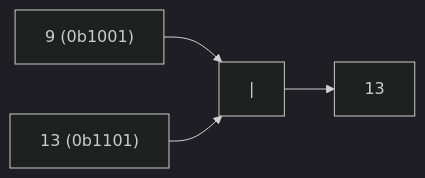
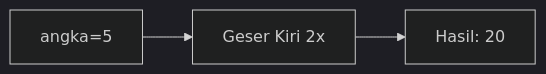
Before and after one commit to amnahwaida/OSNK_INF_PREP: diagram 14 of 25 in part-c-pemahaman-cpp/06-bitwise/latihan/set-09.md, drawn with Mermaid (dark theme). The commit also changed other lines of this file and 71 other files, not shown here.

````diff
--- a/part-c-pemahaman-cpp/06-bitwise/latihan/set-09.md
+++ b/part-c-pemahaman-cpp/06-bitwise/latihan/set-09.md
@@ -367,6 +380,5 @@
 ```mermaid
 graph LR
-A["9 (0b1001)"] --> C["|"]
-B["13 (0b1101)"] --> C
-C --> D["13"]
+A["angka=5"] --> B["Geser Kiri 2x"]
+B --> C["Hasil: 20"]
 ```
````
